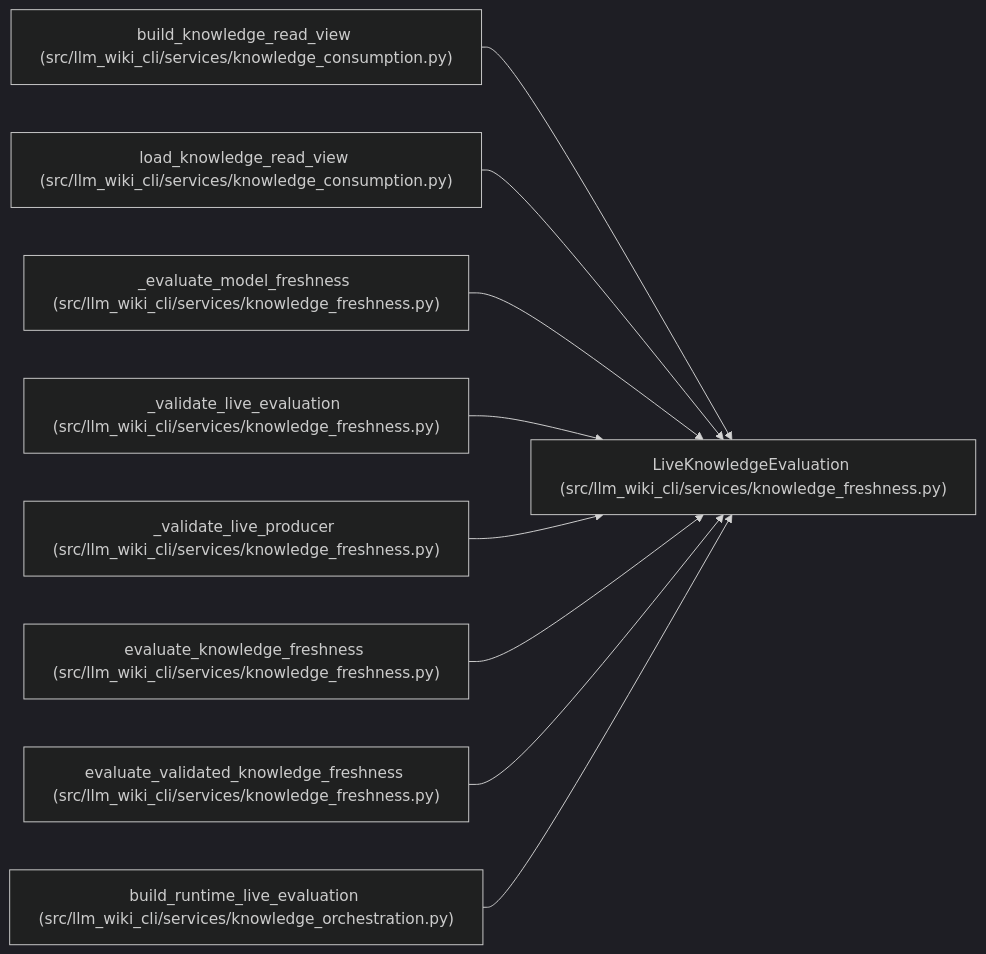
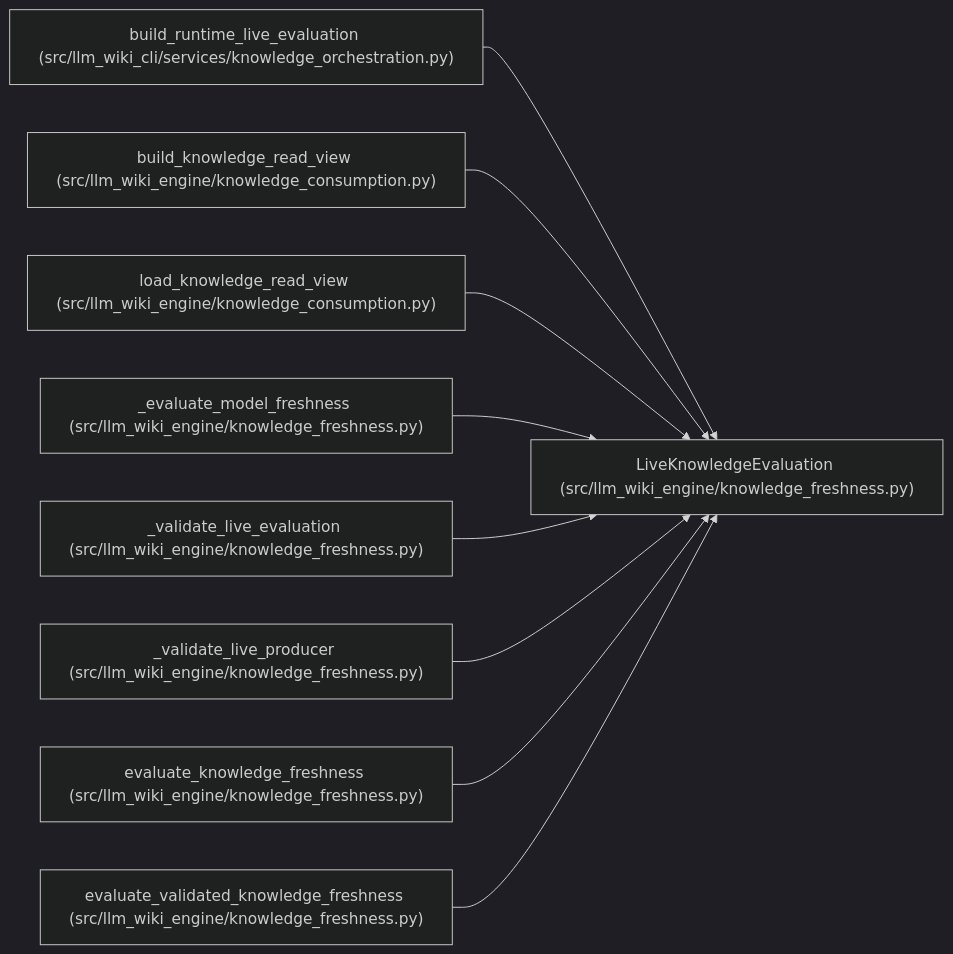
The diagram in docs/llm_wiki/entities/LiveKnowledgeEvaluation.md (Denissvgn/python-wiki-llm), drawn with Mermaid (dark theme) before and after one commit. The commit also changed other lines of this file and 1058 other files, not shown here.

First line of the commit message:
docs: refresh the wiki for the knowledge store move

````diff
--- a/docs/llm_wiki/entities/LiveKnowledgeEvaluation.md
+++ b/docs/llm_wiki/entities/LiveKnowledgeEvaluation.md
@@ -41,29 +41,29 @@
 ```mermaid
 flowchart LR
-    n0["LiveKnowledgeEvaluation (src/llm_wiki_cli/services/knowledge_freshness.py)"]
-    n1["build_knowledge_read_view (src/llm_wiki_cli/services/knowledge_consumption.py)"]
-    n2["load_knowledge_read_view (src/llm_wiki_cli/services/knowledge_consumption.py)"]
-    n3["_evaluate_model_freshness (src/llm_wiki_cli/services/knowledge_freshness.py)"]
-    n4["_validate_live_evaluation (src/llm_wiki_cli/services/knowledge_freshness.py)"]
-    n5["_validate_live_producer (src/llm_wiki_cli/services/knowledge_freshness.py)"]
-    n6["evaluate_knowledge_freshness (src/llm_wiki_cli/services/knowledge_freshness.py)"]
-    n7["evaluate_validated_knowledge_freshness (src/llm_wiki_cli/services/knowledge_freshness.py)"]
-    n8["build_runtime_live_evaluation (src/llm_wiki_cli/services/knowledge_orchestration.py)"]
+    n0["LiveKnowledgeEvaluation (src/llm_wiki_engine/knowledge_freshness.py)"]
+    n1["build_runtime_live_evaluation (src/llm_wiki_cli/services/knowledge_orchestration.py)"]
+    n2["build_knowledge_read_view (src/llm_wiki_engine/knowledge_consumption.py)"]
+    n3["load_knowledge_read_view (src/llm_wiki_engine/knowledge_consumption.py)"]
+    n4["_evaluate_model_freshness (src/llm_wiki_engine/knowledge_freshness.py)"]
+    n5["_validate_live_evaluation (src/llm_wiki_engine/knowledge_freshness.py)"]
+    n6["_validate_live_producer (src/llm_wiki_engine/knowledge_freshness.py)"]
+    n7["evaluate_knowledge_freshness (src/llm_wiki_engine/knowledge_freshness.py)"]
+    n8["evaluate_validated_knowledge_freshness (src/llm_wiki_engine/knowledge_freshness.py)"]
     n1 --> n0
     n2 --> n0
     n3 --> n0
     n4 --> n0
     n5 --> n0
     n6 --> n0
     n7 --> n0
     n8 --> n0
     click n0 "../modules/knowledge_freshness.md"
-    click n1 "../modules/knowledge_consumption.md"
+    click n1 "../modules/knowledge_orchestration.md"
     click n2 "../modules/knowledge_consumption.md"
-    click n3 "../modules/knowledge_freshness.md"
+    click n3 "../modules/knowledge_consumption.md"
     click n4 "../modules/knowledge_freshness.md"
     click n5 "../modules/knowledge_freshness.md"
     click n6 "../modules/knowledge_freshness.md"
     click n7 "../modules/knowledge_freshness.md"
-    click n8 "../modules/knowledge_orchestration.md"
+    click n8 "../modules/knowledge_freshness.md"
 ```
````
